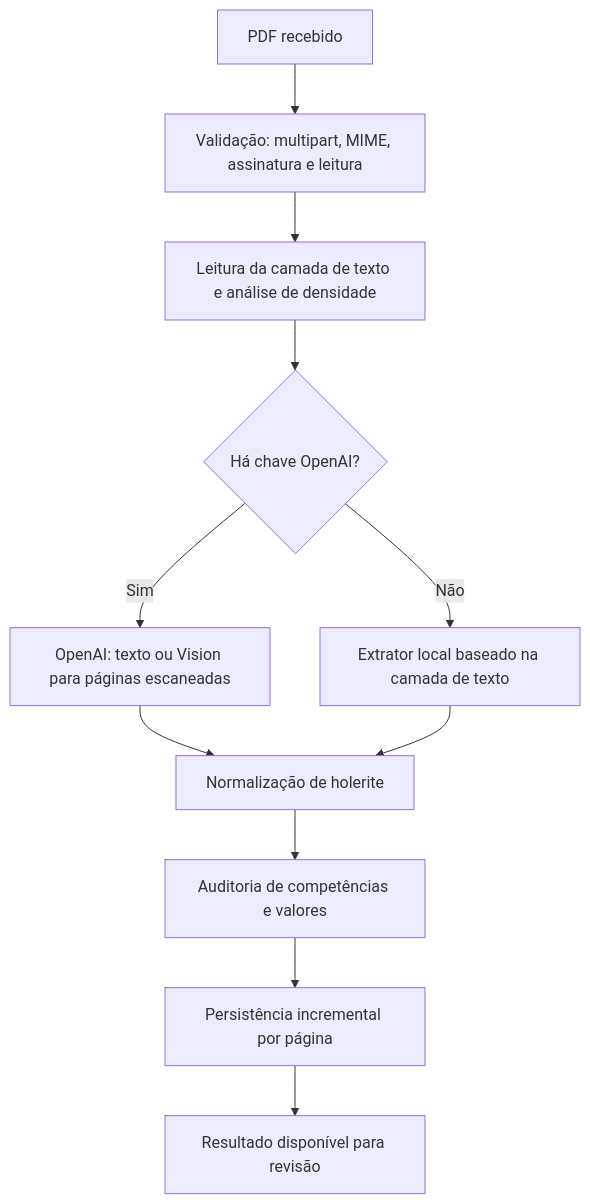
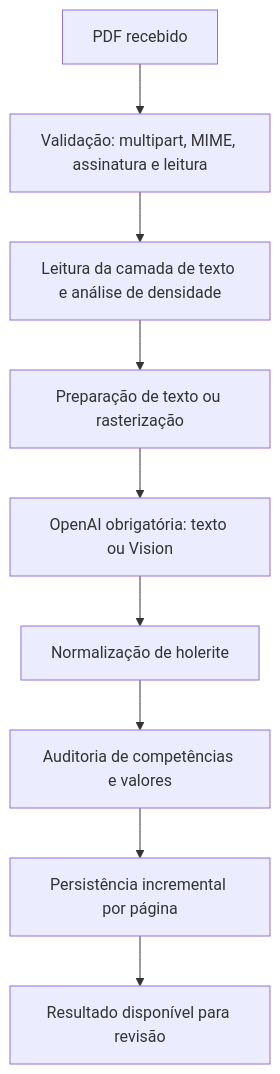
The second of 3 diagrams in SISTEMA.md (Civalski/desafio-programador), drawn with Mermaid before and after one commit. The commit also changed other lines of this file and 11 other files, not shown here.

````diff
--- a/SISTEMA.md
+++ b/SISTEMA.md
@@ -27,13 +27,11 @@
 ```mermaid
 flowchart TD
     PDF[PDF recebido] --> VALID[Validação: multipart, MIME, assinatura e leitura]
     VALID --> DENSITY[Leitura da camada de texto e análise de densidade]
-    DENSITY --> DECISION{Há chave OpenAI?}
-    DECISION -->|Sim| AI[OpenAI: texto ou Vision para páginas escaneadas]
-    DECISION -->|Não| LOCAL[Extrator local baseado na camada de texto]
+    DENSITY --> PREP[Preparação de texto ou rasterização]
+    PREP --> AI[OpenAI obrigatória: texto ou Vision]
     AI --> NORM[Normalização de holerite]
-    LOCAL --> NORM
     NORM --> AUDIT[Auditoria de competências e valores]
     AUDIT --> PAGE[Persistência incremental por página]
     PAGE --> RESULT[Resultado disponível para revisão]
 ```
````
